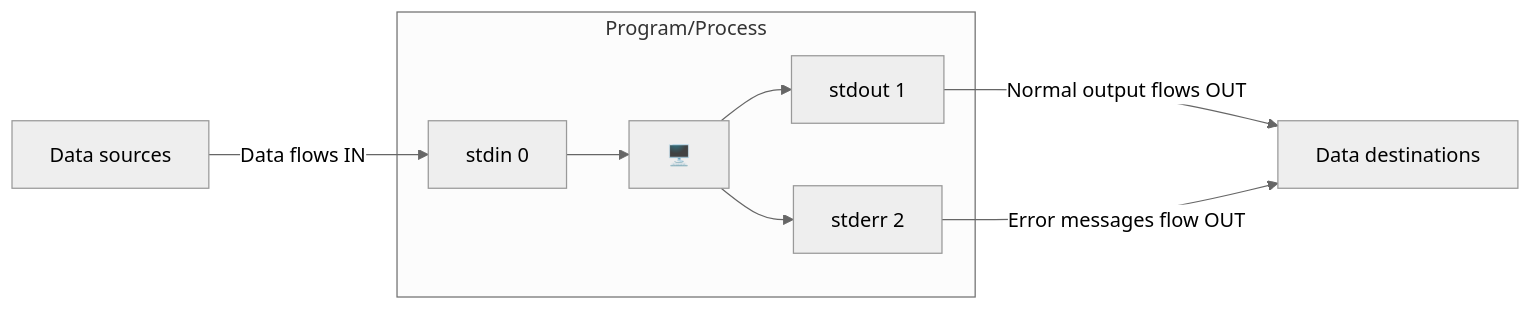
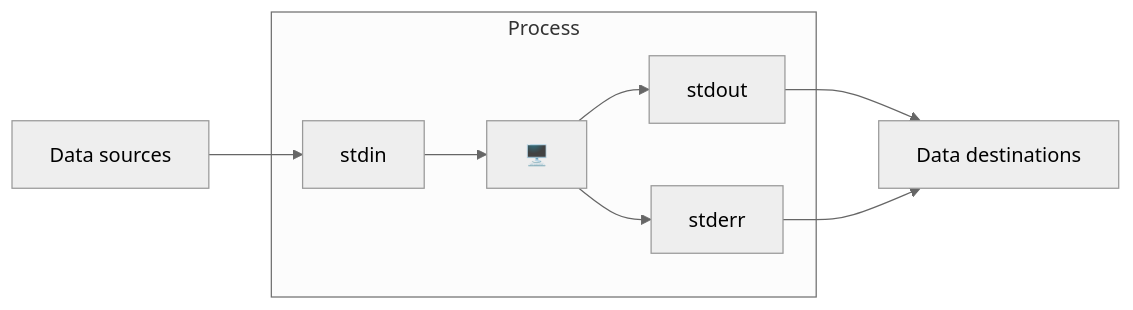
Before and after one commit to apcamargo/starlight-test: the first of 2 diagrams in src/content/docs/guides/linux.mdx, drawn with Mermaid (neutral theme).

````diff
--- a/src/content/docs/guides/linux.mdx
+++ b/src/content/docs/guides/linux.mdx
@@ -17,16 +17,16 @@
 ```mermaid
 graph LR
     INPUT["Data sources"]
     
-    subgraph PROGRAM["Program/Process"]
-        STDIN["stdin 0"] --> PROC["🖥️"] 
-        PROC --> STDOUT["stdout 1"]
-        PROC --> STDERR["stderr 2"]
+    subgraph PROGRAM["Process"]
+        STDIN["stdin"] --> PROC["🖥️"] 
+        PROC --> STDOUT["stdout"]
+        PROC --> STDERR["stderr"]
     end
     
     OUTPUT["Data destinations"]
     
-    INPUT -->|"Data flows IN"| STDIN
-    STDOUT -->|"Normal output flows OUT"| OUTPUT
-    STDERR -->|"Error messages flow OUT"| OUTPUT
+    INPUT --> STDIN
+    STDOUT --> OUTPUT
+    STDERR --> OUTPUT
 ```
````
